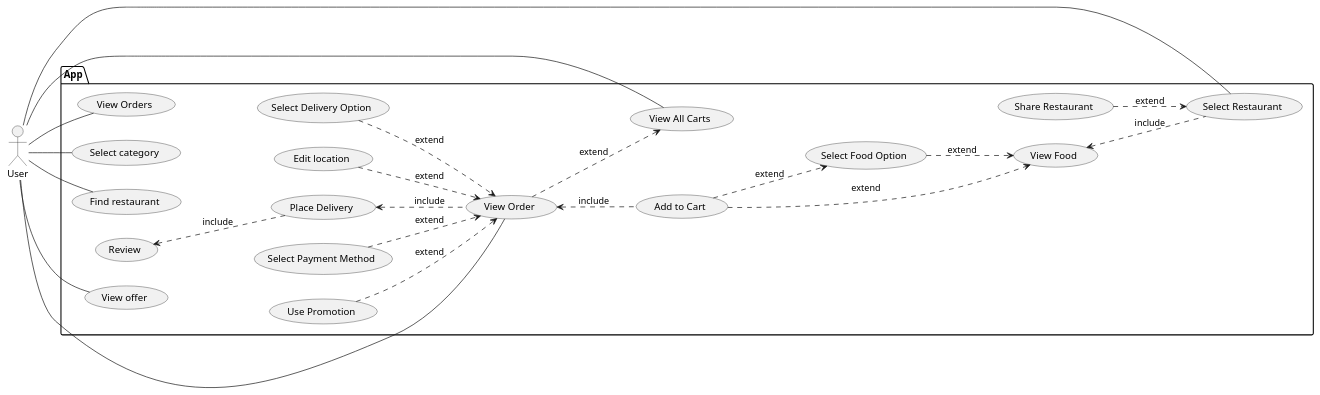
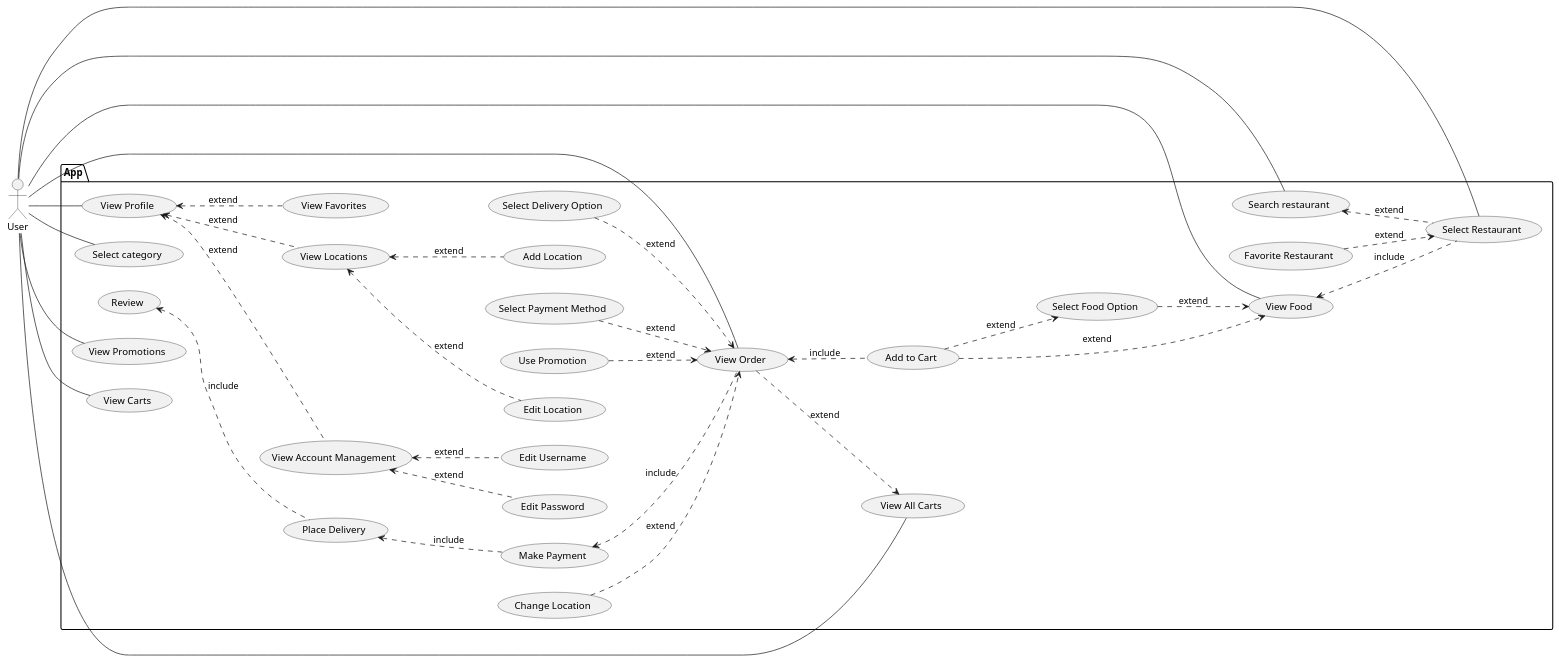
The diagram in diagrams/usecase.md (Archer-SN/Mani-Kukuraya), drawn with PlantUML before and after one commit. The commit also changed 14 other files, not shown here.

```diff
--- a/diagrams/usecase.md
+++ b/diagrams/usecase.md
@@ -5,22 +5,37 @@
 
 package App {
 usecase "Select category" as slCat
-usecase "Find restaurant" as findRes
-usecase "View offer" as viewOff
+usecase "Search restaurant" as findRes
+usecase "View Promotions" as viewOff
 usecase "Select Restaurant" as selRes
 usecase "View Food" as viewFood
-usecase "Share Restaurant" as shareRes
 usecase "Select Food Option" as selFoodOption
 usecase "Add to Cart" as addToCart
 usecase "Select Delivery Option" as selDelOption
-usecase "Edit location" as editLoc
 usecase "Place Delivery" as placeDel
 usecase "Review" as review
-usecase "View Orders" as viewOrd
+usecase "View Carts" as viewOrd
 usecase "View All Carts" as viewAllCarts
 usecase "Select Payment Method"  as selPayment
 usecase "View Order" as total
 usecase "Use Promotion" as usePromo
+usecase "View Food" as viewFood
+usecase "Favorite Restaurant" as favoriteRestaurant
+usecase "View Profile" as viewProfile
+usecase "View Favorites" as viewFavorite
+
+usecase "View Account Management" as viewManagement
+usecase "Edit Username" as editUsername
+usecase "Edit Password" as editPassword
+
+
+usecase "View Locations" as viewLocation
+usecase "Add Location" as addLocation
+usecase "Edit Location" as editLocation
+
+usecase "Make Payment" as makePayment
+usecase "Change Location" as changeLocation
+
 }
 
 user -- slCat
@@ -30,18 +45,34 @@
 user -- viewOrd
 user -- total
 user -- viewAllCarts
+user -- viewFood
+user -- viewProfile
+
+viewProfile <.. viewManagement : extend
+viewManagement <.. editPassword: extend
+viewManagement <.. editUsername: extend
+
+viewProfile <.. viewLocation : extend
+viewLocation <.. addLocation: extend
+viewLocation <.. editLocation: extend
+
+viewProfile <.. viewFavorite : extend
+
+findRes <.. selRes: extend
+
 
 viewFood <.. selRes : include
 selFoodOption ..> viewFood : extend
 addToCart ..> selFoodOption : extend
 selDelOption ..> total : extend
-editLoc ..> total : extend
-placeDel <.. total : include
+changeLocation ..> total : extend
+placeDel <.. makePayment : include
+makePayment <.. total : include
 review <.. placeDel : include
 selPayment ..> total : extend
 
 addToCart ..> viewFood : extend
-shareRes ..> selRes : extend
+favoriteRestaurant ..> selRes : extend
 
 total <.. addToCart : include
 usePromo ..> total : extend
```
